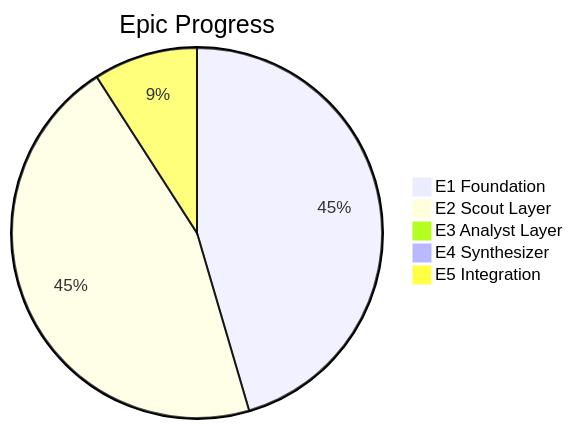
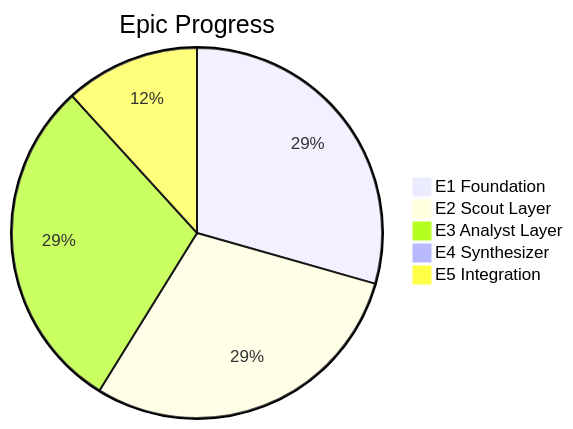
The first of 3 diagrams in docs/PROJECT_MANAGEMENT.md (Hams-Ollo/open-sousveillance-studio), drawn with Mermaid before and after one commit. The commit also changed other lines of this file and 7 other files, not shown here.

First line of the commit message:
docs: Update project to Phase 4 Two-Layer Agent Architecture with Gemini Deep Research, scheduled pipeline, and dual research providers

````diff
--- a/docs/PROJECT_MANAGEMENT.md
+++ b/docs/PROJECT_MANAGEMENT.md
@@ -52,8 +52,8 @@
 ```mermaid
 pie title Epic Progress
     "E1 Foundation" : 100
     "E2 Scout Layer" : 100
-    "E3 Analyst Layer" : 0
+    "E3 Analyst Layer" : 100
     "E4 Synthesizer" : 0
-    "E5 Integration" : 20
+    "E5 Integration" : 40
 ```
````
